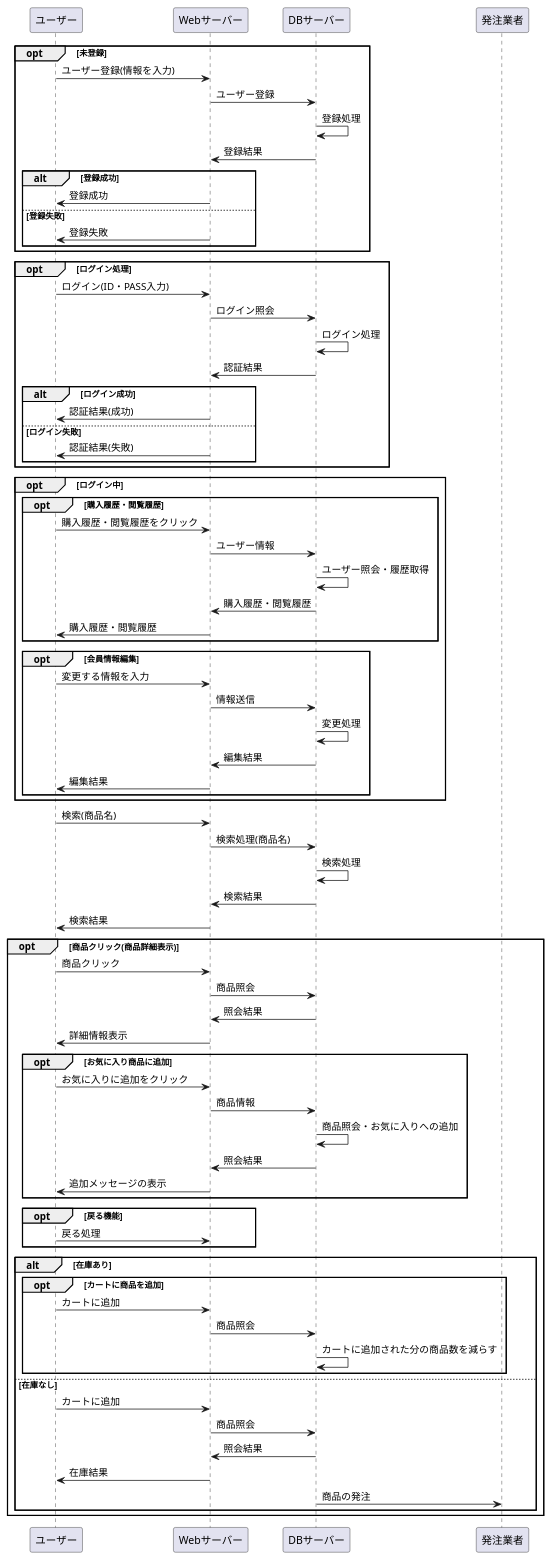
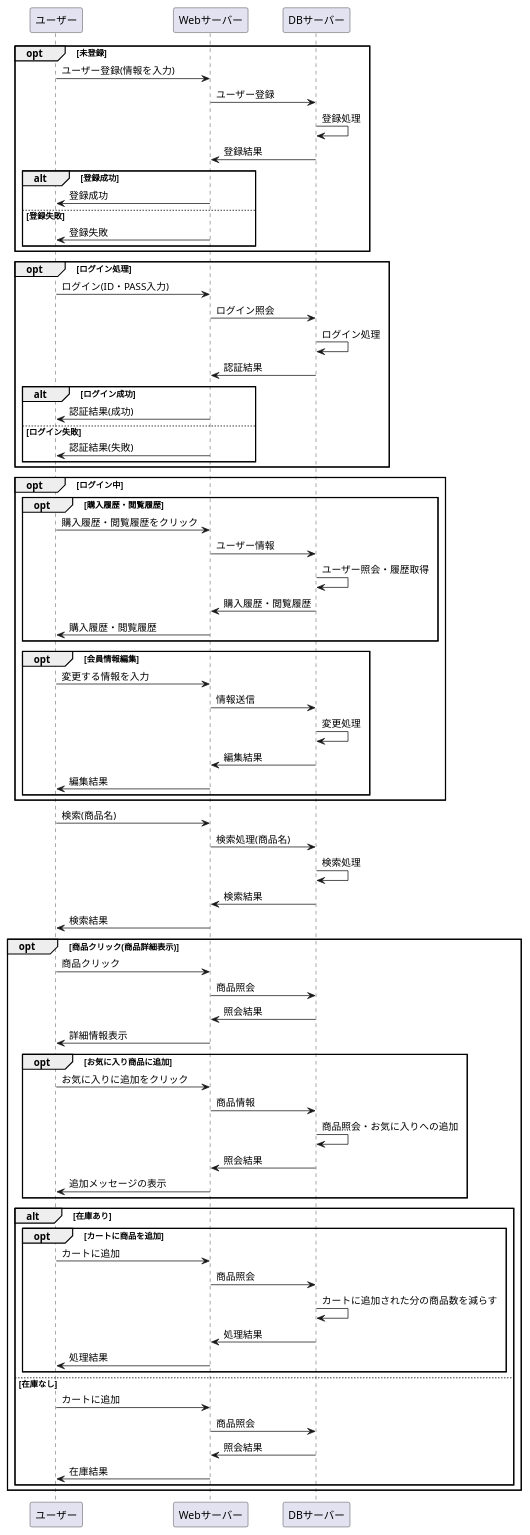
The diagram in システム開発/業務フロー/業務フロー.md (Aso2001163/2021sys-design-2), drawn with PlantUML before and after one commit.

```diff
--- a/システム開発/業務フロー/業務フロー.md
+++ b/システム開発/業務フロー/業務フロー.md
@@ -66,15 +66,13 @@
 Webサーバー -> ユーザー : 追加メッセージの表示
 end
 
-opt 戻る機能
-ユーザー -> Webサーバー : 戻る処理
-end
-
 alt 在庫あり
 opt カートに商品を追加
 ユーザー -> Webサーバー : カートに追加
 Webサーバー -> DBサーバー : 商品照会
 DBサーバー -> DBサーバー : カートに追加された分の商品数を減らす
+DBサーバー -> Webサーバー : 処理結果
+Webサーバー -> ユーザー : 処理結果
 end
 
 else 在庫なし
@@ -82,7 +80,6 @@
 Webサーバー -> DBサーバー : 商品照会
 DBサーバー -> Webサーバー : 照会結果
 Webサーバー -> ユーザー : 在庫結果
-DBサーバー -> 発注業者 : 商品の発注
 end
 end
 
```
